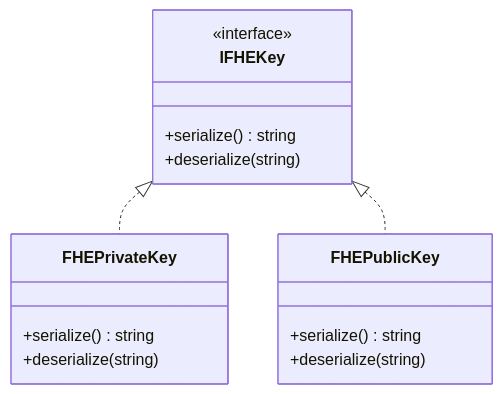
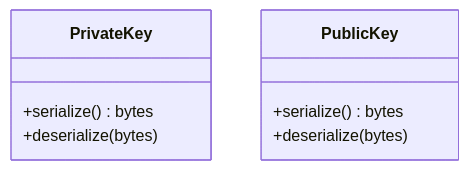
The second of 7 diagrams in docs/design/binding.md (primus-labs/Aegis), drawn with Mermaid before and after one commit. The commit also changed other lines of this file, not shown here.

````diff
--- a/docs/design/binding.md
+++ b/docs/design/binding.md
@@ -40,21 +63,12 @@
 ```mermaid {align="center"}
 classDiagram
-  class IFHEKey {
-    <<interface>>
-    +serialize() string
-    +deserialize(string)
+  class PrivateKey {
+    +serialize() bytes
+    +deserialize(bytes)
   }
 
-  IFHEKey <|.. FHEPrivateKey
-  class FHEPrivateKey {
-    +serialize() string
-    +deserialize(string)
+  class PublicKey {
+    +serialize() bytes
+    +deserialize(bytes)
   }
-
-  IFHEKey <|.. FHEPublicKey
-  class FHEPublicKey {
-    +serialize() string
-    +deserialize(string)
-  }
-  %% C++ backend for XXXKey should provider a default constructor
 ```
````
